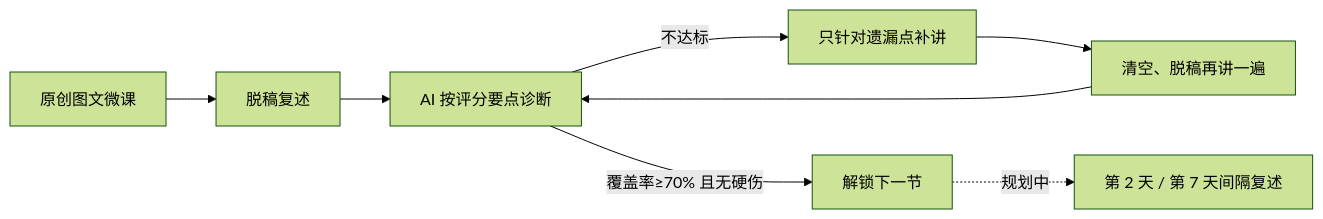
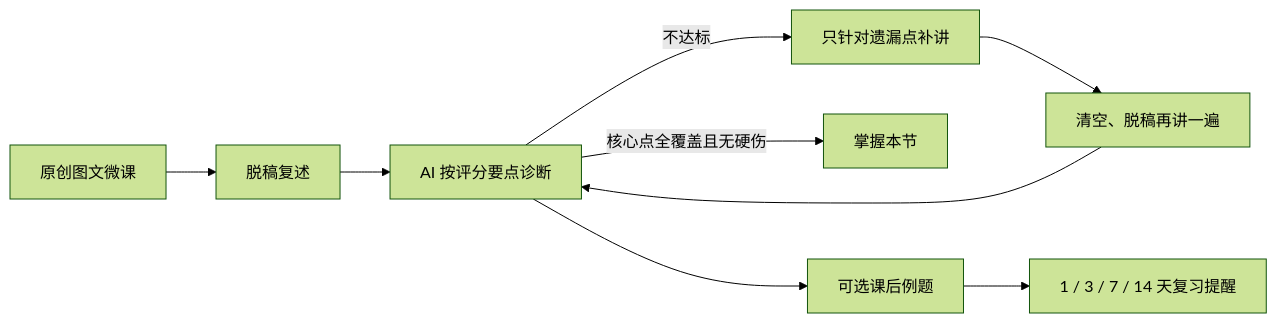
Before and after one commit to Qile-1/Be-better: the diagram in README.md, drawn with Mermaid (forest theme). The commit also changed other lines of this file and 11 other files, not shown here.

````diff
--- a/README.md
+++ b/README.md
@@ -37,10 +37,11 @@
 ```mermaid
 flowchart LR
   A[原创图文微课] --> B[脱稿复述]
   B --> C[AI 按评分要点诊断]
   C -->|不达标| D[只针对遗漏点补讲]
   D --> E[清空、脱稿再讲一遍]
   E --> C
-  C -->|覆盖率≥70% 且无硬伤| F[解锁下一节]
-  F -.规划中.-> G[第 2 天 / 第 7 天间隔复述]
+  C -->|核心点全覆盖且无硬伤| F[掌握本节]
+  C --> G[可选课后例题]
+  G --> H[1 / 3 / 7 / 14 天复习提醒]
 ```
````
